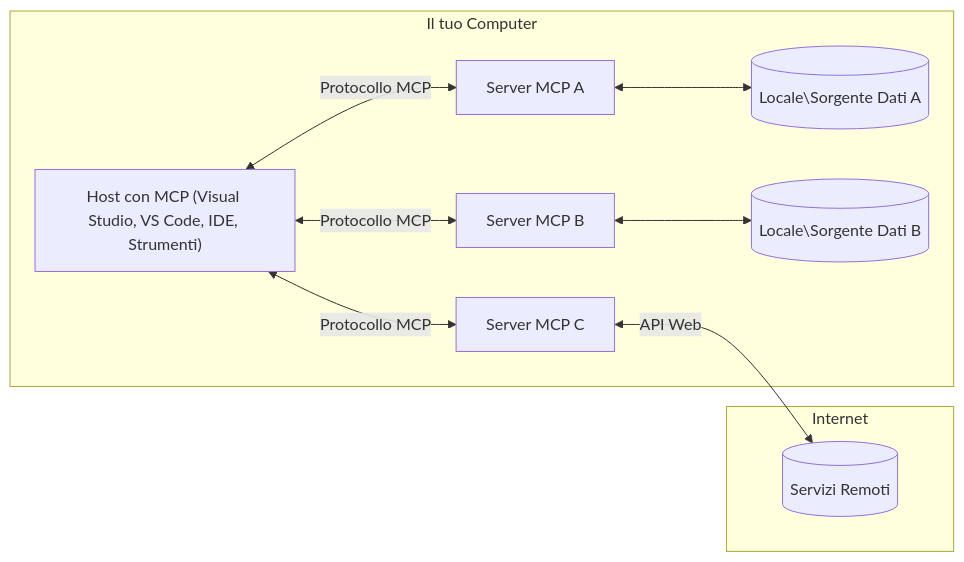
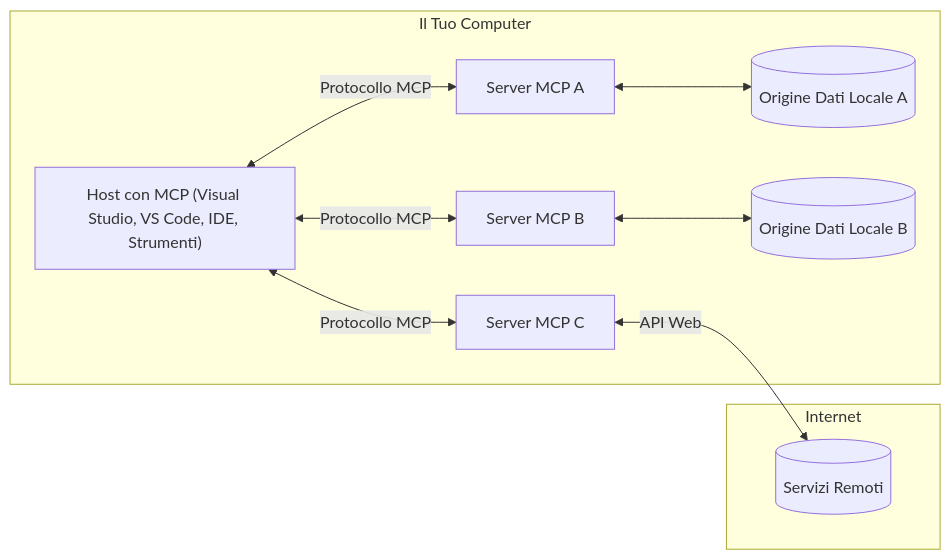
Before and after one commit to Mu-L/mcp-for-beginners: the diagram in translations/it/01-CoreConcepts/README.md, drawn with Mermaid. The commit also changed other lines of this file and 5 other files, not shown here.

````diff
--- a/translations/it/01-CoreConcepts/README.md
+++ b/translations/it/01-CoreConcepts/README.md
@@ -45,17 +45,17 @@
 ```mermaid
 flowchart LR
-    subgraph "Il tuo Computer"
+    subgraph "Il Tuo Computer"
         Host["Host con MCP (Visual Studio, VS Code, IDE, Strumenti)"]
         S1["Server MCP A"]
         S2["Server MCP B"]
         S3["Server MCP C"]
         Host <-->|"Protocollo MCP"| S1
         Host <-->|"Protocollo MCP"| S2
         Host <-->|"Protocollo MCP"| S3
-        S1 <--> D1[("Locale\Sorgente Dati A")]
-        S2 <--> D2[("Locale\Sorgente Dati B")]
+        S1 <--> D1[("Origine Dati Locale A")]
+        S2 <--> D2[("Origine Dati Locale B")]
     end
     subgraph "Internet"
         S3 <-->|"API Web"| D3[("Servizi Remoti")]
     end
 ```
````
